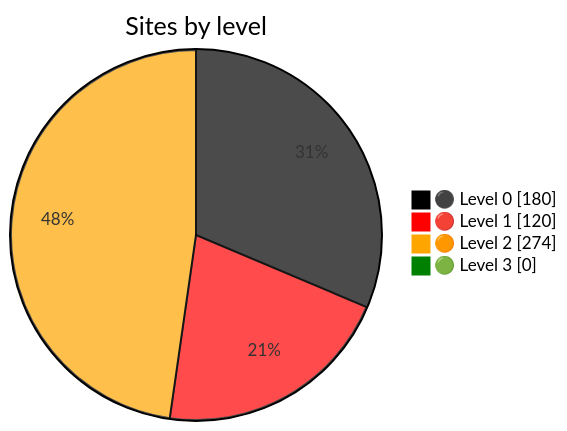
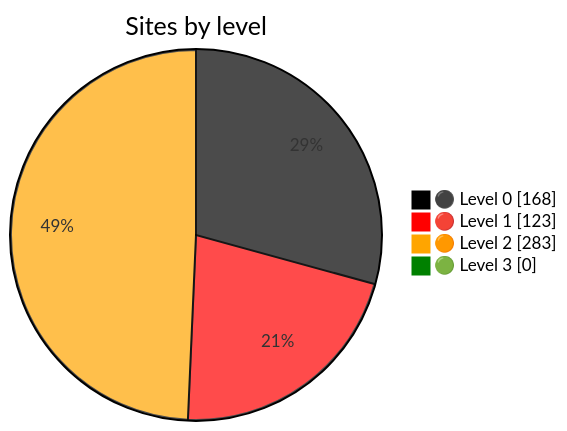
One commit to Dushmilan/gov_lk_web_auditor changed the diagram in README.md. Above: the diagram before and after it, drawn with Mermaid. The commit also changed other lines of this file and 2586 other files, not shown here.

````diff
--- a/README.md
+++ b/README.md
@@ -24,9 +24,9 @@
 ```mermaid
 %%{init: {"themeVariables":{"pie1":"black","pie2":"red","pie3":"orange","pie4":"green"}}}%%
 pie showData
     title Sites by level
-    "⚫ Level 0" : 180
-    "🔴 Level 1" : 120
-    "🟠 Level 2" : 274
+    "⚫ Level 0" : 168
+    "🔴 Level 1" : 123
+    "🟠 Level 2" : 283
     "🟢 Level 3" : 0
 ```
````
